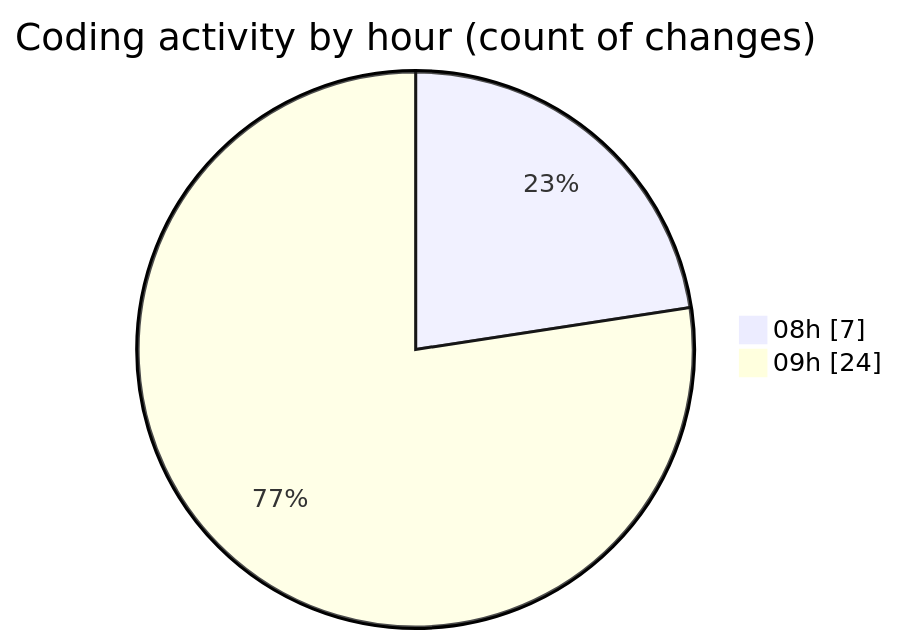
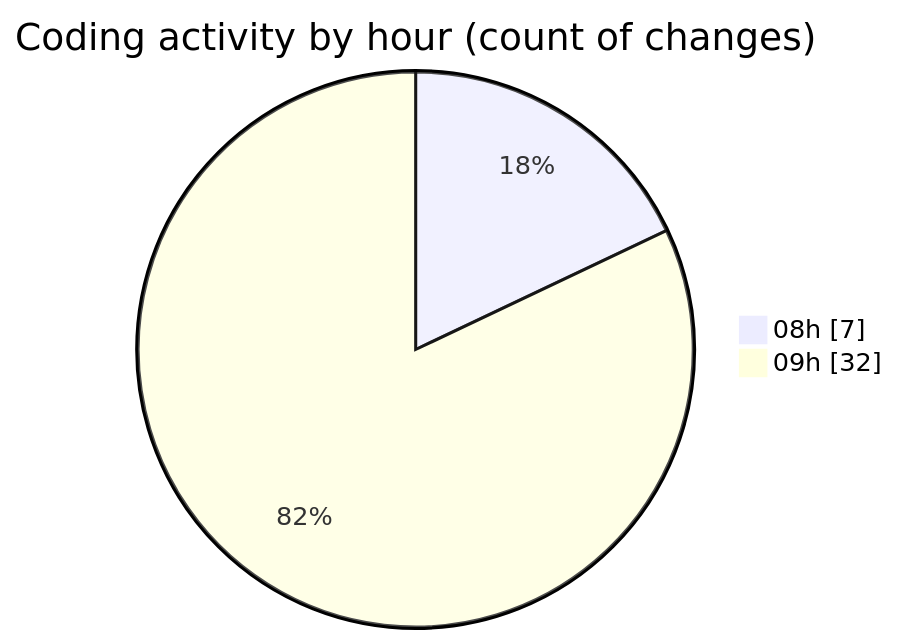
Before and after one commit to momahboobian/code-tracking: the second of 2 diagrams in 2026-09-04/cda/README.md, drawn with Mermaid. The commit also changed other lines of this file and 1 other file, not shown here.

````diff
--- a/2026-09-04/cda/README.md
+++ b/2026-09-04/cda/README.md
@@ -37,6 +41,6 @@
 ```mermaid
 pie showData
 title Coding activity by hour (count of changes)
 "08h" : 7
-"09h" : 24
+"09h" : 32
 ```
````
